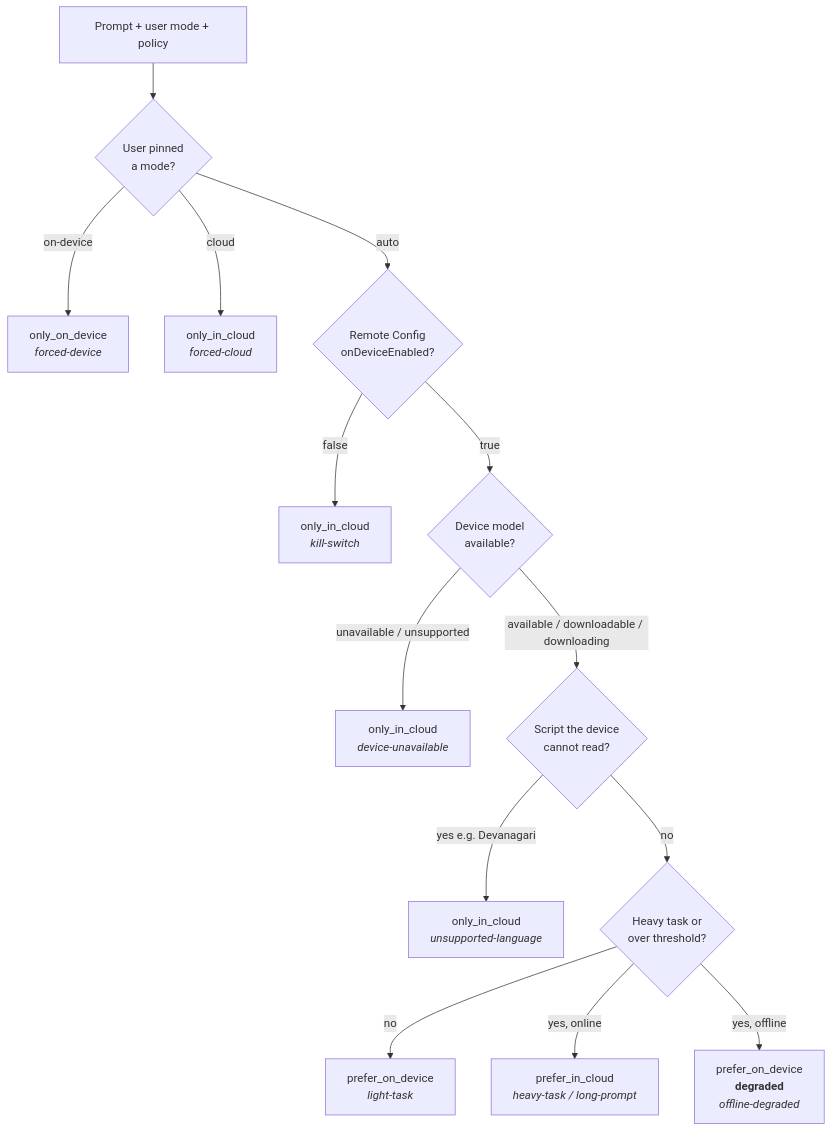
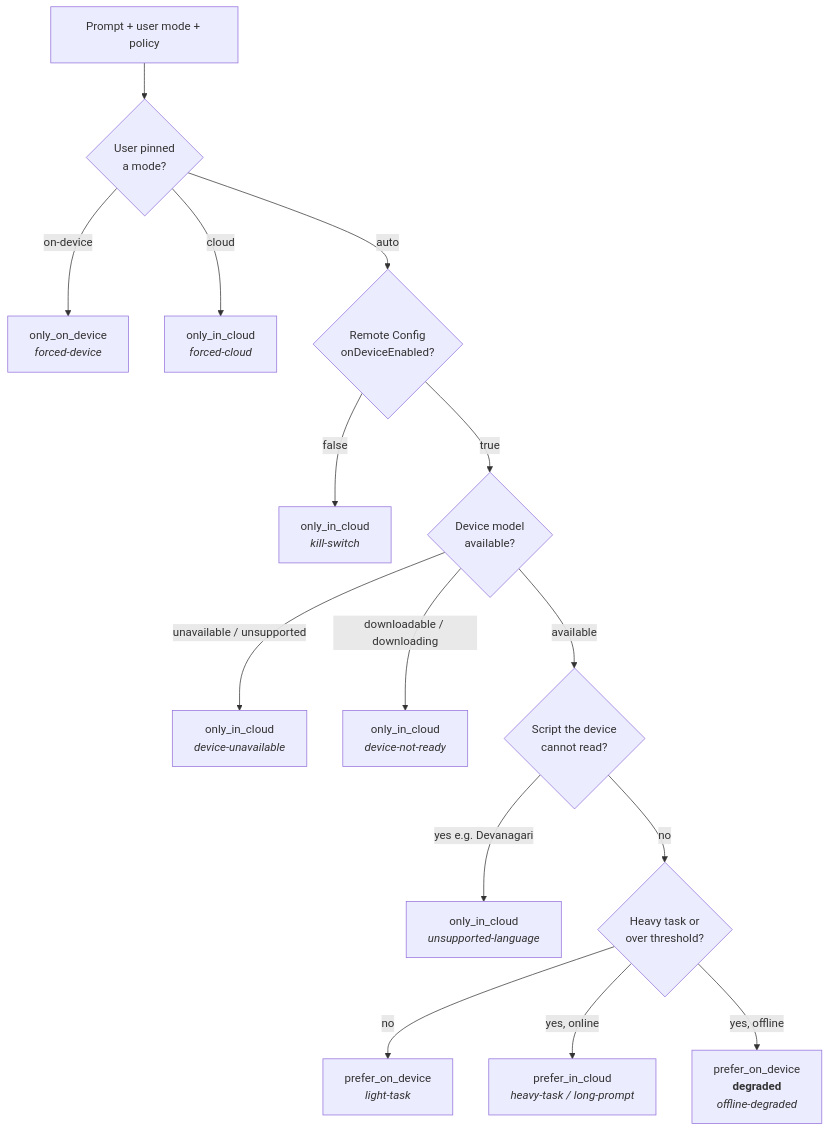
One commit to sushant-me/sahayogi changed the second of 2 diagrams in docs/architecture.md. Above: the diagram before and after it, drawn with Mermaid. The commit also changed other lines of this file and 1 other file, not shown here.

Commit message:
Record live evidence: request reaches Google, 403 is service enablement
The verification log now distinguishes 'the request was sent and rejected at
Google's service layer' from 'unverified', and documents the hang that running the
app exposed plus the three-part fix. Architecture diagram gains the
device-not-ready gate and the timeout fallback rows.

````diff
--- a/docs/architecture.md
+++ b/docs/architecture.md
@@ -51,16 +51,17 @@
 ```mermaid
 flowchart TD
     A[Prompt + user mode + policy] --> B{User pinned<br/>a mode?}
     B -->|on-device| B1[only_on_device<br/><i>forced-device</i>]
     B -->|cloud| B2[only_in_cloud<br/><i>forced-cloud</i>]
     B -->|auto| C{Remote Config<br/>onDeviceEnabled?}
     C -->|false| C1[only_in_cloud<br/><i>kill-switch</i>]
     C -->|true| D{Device model<br/>available?}
     D -->|unavailable / unsupported| D1[only_in_cloud<br/><i>device-unavailable</i>]
-    D -->|available / downloadable / downloading| E{Script the device<br/>cannot read?}
+    D -->|downloadable / downloading| D2[only_in_cloud<br/><i>device-not-ready</i>]
+    D -->|available| E{Script the device<br/>cannot read?}
     E -->|yes e.g. Devanagari| E1[only_in_cloud<br/><i>unsupported-language</i>]
     E -->|no| F{Heavy task or<br/>over threshold?}
     F -->|no| G[prefer_on_device<br/><i>light-task</i>]
     F -->|yes, online| H[prefer_in_cloud<br/><i>heavy-task / long-prompt</i>]
     F -->|yes, offline| I[prefer_on_device<br/><b>degraded</b><br/><i>offline-degraded</i>]
 ```
````
